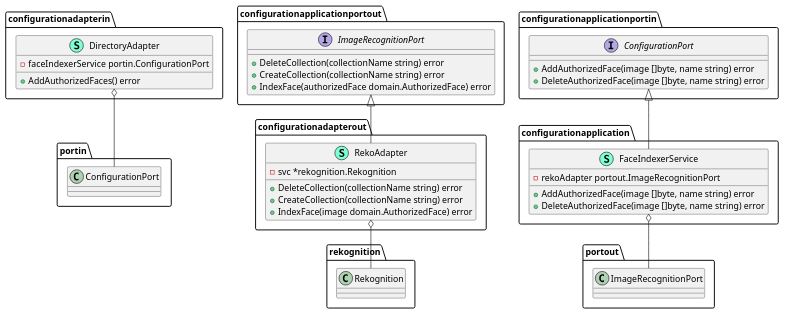
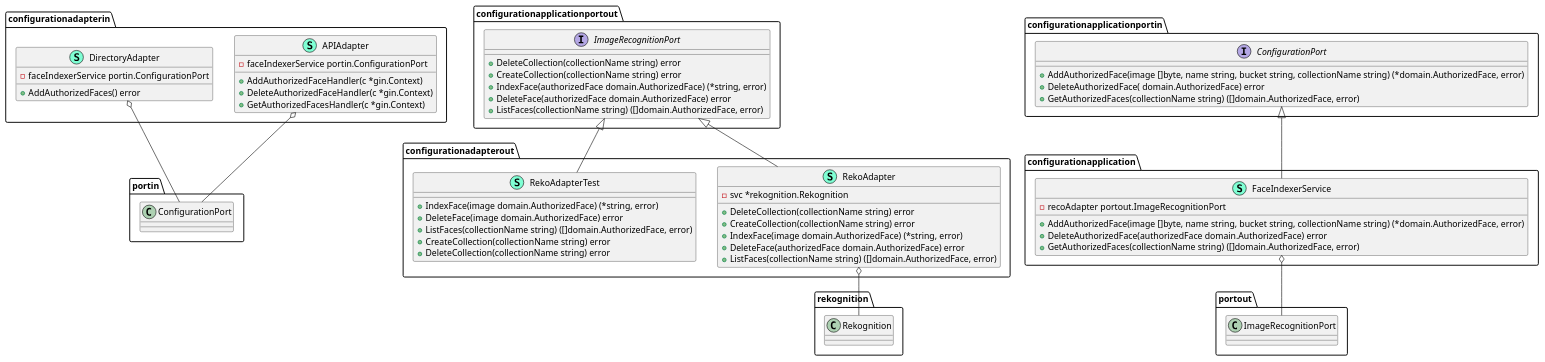
One commit to arielbrizi/go-intelligent-monitoring-system changed the diagram in documentation/puml/configuration-core.puml. Above: the diagram before and after it, drawn with PlantUML. The commit also changed 15 other files, not shown here.

```diff
--- a/documentation/puml/configuration-core.puml
+++ b/documentation/puml/configuration-core.puml
@@ -1,64 +1,88 @@
 @startuml
 namespace configurationadapterin {
+    class APIAdapter << (S,Aquamarine) >> {
+        - faceIndexerService portin.ConfigurationPort
+
+        + AddAuthorizedFaceHandler(c *gin.Context) 
+        + DeleteAuthorizedFaceHandler(c *gin.Context) 
+        + GetAuthorizedFacesHandler(c *gin.Context) 
+
+    }
     class DirectoryAdapter << (S,Aquamarine) >> {
         - faceIndexerService portin.ConfigurationPort
 
         + AddAuthorizedFaces() error
 
     }
 }
 
 
+"configurationadapterin.APIAdapter" o-- "portin.ConfigurationPort"
 "configurationadapterin.DirectoryAdapter" o-- "portin.ConfigurationPort"
 
 namespace configurationadapterout {
     class RekoAdapter << (S,Aquamarine) >> {
         - svc *rekognition.Rekognition
 
         + DeleteCollection(collectionName string) error
         + CreateCollection(collectionName string) error
-        + IndexFace(image domain.AuthorizedFace) error
+        + IndexFace(image domain.AuthorizedFace) (*string, error)
+        + DeleteFace(authorizedFace domain.AuthorizedFace) error
+        + ListFaces(collectionName string) ([]domain.AuthorizedFace, error)
+
+    }
+    class RekoAdapterTest << (S,Aquamarine) >> {
+        + IndexFace(image domain.AuthorizedFace) (*string, error)
+        + DeleteFace(image domain.AuthorizedFace) error
+        + ListFaces(collectionName string) ([]domain.AuthorizedFace, error)
+        + CreateCollection(collectionName string) error
+        + DeleteCollection(collectionName string) error
 
     }
 }
 
 "configurationapplicationportout.ImageRecognitionPort" <|-- "configurationadapterout.RekoAdapter"
+"configurationapplicationportout.ImageRecognitionPort" <|-- "configurationadapterout.RekoAdapterTest"
 
 "configurationadapterout.RekoAdapter" o-- "rekognition.Rekognition"
 
 namespace configurationapplication {
     class FaceIndexerService << (S,Aquamarine) >> {
-        - rekoAdapter portout.ImageRecognitionPort
+        - recoAdapter portout.ImageRecognitionPort
 
-        + AddAuthorizedFace(image []byte, name string) error
-        + DeleteAuthorizedFace(image []byte, name string) error
+        + AddAuthorizedFace(image []byte, name string, bucket string, collectionName string) (*domain.AuthorizedFace, error)
+        + DeleteAuthorizedFace(authorizedFace domain.AuthorizedFace) error
+        + GetAuthorizedFaces(collectionName string) ([]domain.AuthorizedFace, error)
 
     }
 }
 
 "configurationapplicationportin.ConfigurationPort" <|-- "configurationapplication.FaceIndexerService"
 
 "configurationapplication.FaceIndexerService" o-- "portout.ImageRecognitionPort"
 
 namespace configurationapplicationportin {
     interface ConfigurationPort  {
-        + AddAuthorizedFace(image []byte, name string) error
-        + DeleteAuthorizedFace(image []byte, name string) error
+        + AddAuthorizedFace(image []byte, name string, bucket string, collectionName string) (*domain.AuthorizedFace, error)
+        + DeleteAuthorizedFace( domain.AuthorizedFace) error
+        + GetAuthorizedFaces(collectionName string) ([]domain.AuthorizedFace, error)
 
     }
 }
 
 
 
 namespace configurationapplicationportout {
     interface ImageRecognitionPort  {
         + DeleteCollection(collectionName string) error
         + CreateCollection(collectionName string) error
-        + IndexFace(authorizedFace domain.AuthorizedFace) error
+        + IndexFace(authorizedFace domain.AuthorizedFace) (*string, error)
+        + DeleteFace(authorizedFace domain.AuthorizedFace) error
+        + ListFaces(collectionName string) ([]domain.AuthorizedFace, error)
 
     }
 }
 
 
 
 @enduml
```
